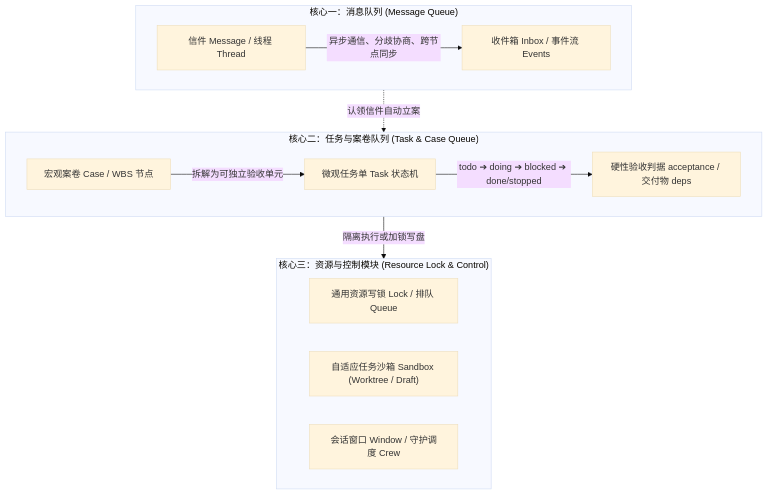
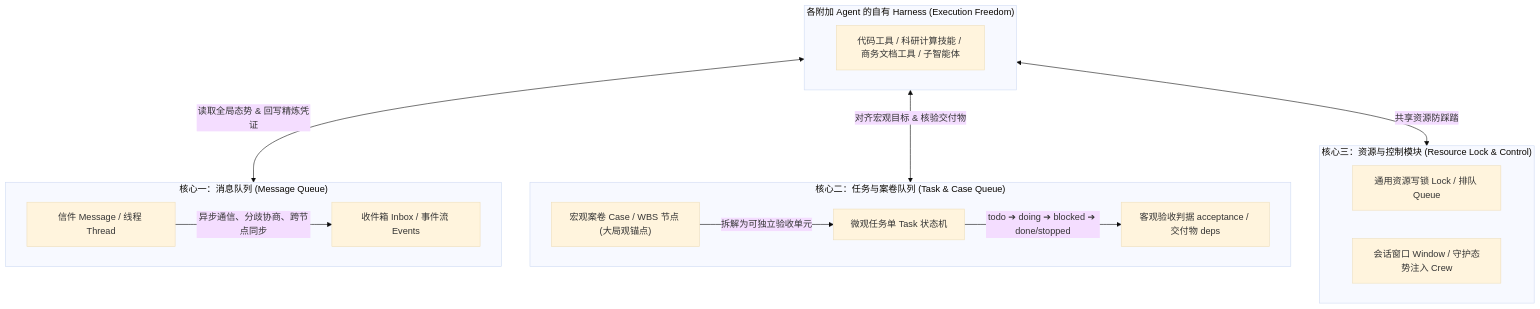
One commit to Robin9989Law/infocenter changed the diagram in docs/WORKFLOW_SPEC.md. Above: the diagram before and after it, drawn with Mermaid (base theme). The commit also changed other lines of this file and 7 other files, not shown here.

Commit message:
refactor(architecture): 聚焦轻薄协作底座，释放 Agent Harness 自由度并注入大局观与架构观

````diff
--- a/docs/WORKFLOW_SPEC.md
+++ b/docs/WORKFLOW_SPEC.md
@@ -10,23 +10,27 @@
 ```mermaid
 flowchart TD
+    subgraph S0["各附加 Agent 的自有 Harness (Execution Freedom)"]
+        H["代码工具 / 科研计算技能 / 商务文档工具 / 子智能体"]
+    end
+
     subgraph S1["核心一：消息队列 (Message Queue)"]
         M["信件 Message / 线程 Thread"]
         M -->|"异步通信、分歧协商、跨节点同步"| INBOX["收件箱 Inbox / 事件流 Events"]
     end
 
     subgraph S2["核心二：任务与案卷队列 (Task & Case Queue)"]
-        C["宏观案卷 Case / WBS 节点"]
+        C["宏观案卷 Case / WBS 节点 (大局观锚点)"]
         T["微观任务单 Task 状态机"]
         C -->|"拆解为可独立验收单元"| T
-        T -->|"todo ➔ doing ➔ blocked ➔ done/stopped"| TACC["硬性验收判据 acceptance / 交付物 deps"]
+        T -->|"todo ➔ doing ➔ blocked ➔ done/stopped"| TACC["客观验收判据 acceptance / 交付物 deps"]
     end
 
     subgraph S3["核心三：资源与控制模块 (Resource Lock & Control)"]
         LK["通用资源写锁 Lock / 排队 Queue"]
-        SB["自适应任务沙箱 Sandbox (Worktree / Draft)"]
-        CR["会话窗口 Window / 守护调度 Crew"]
+        CR["会话窗口 Window / 守护态势注入 Crew"]
     end
 
-    S1 -.->|"认领信件自动立案"| S2
-    S2 -->|"隔离执行或加锁写盘"| S3
+    S0 <-->|"读取全局态势 & 回写精炼凭证"| S1
+    S0 <-->|"对齐宏观目标 & 核验交付物"| S2
+    S0 <-->|"共享资源防踩踏"| S3
 ```
````
